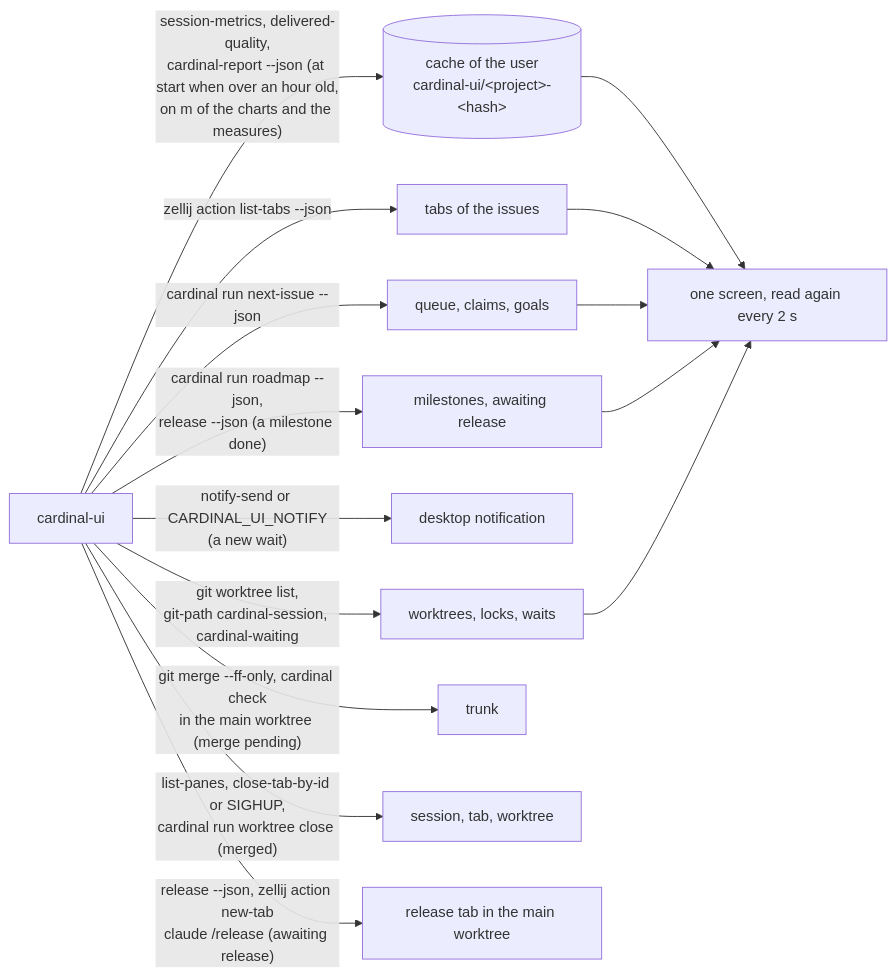
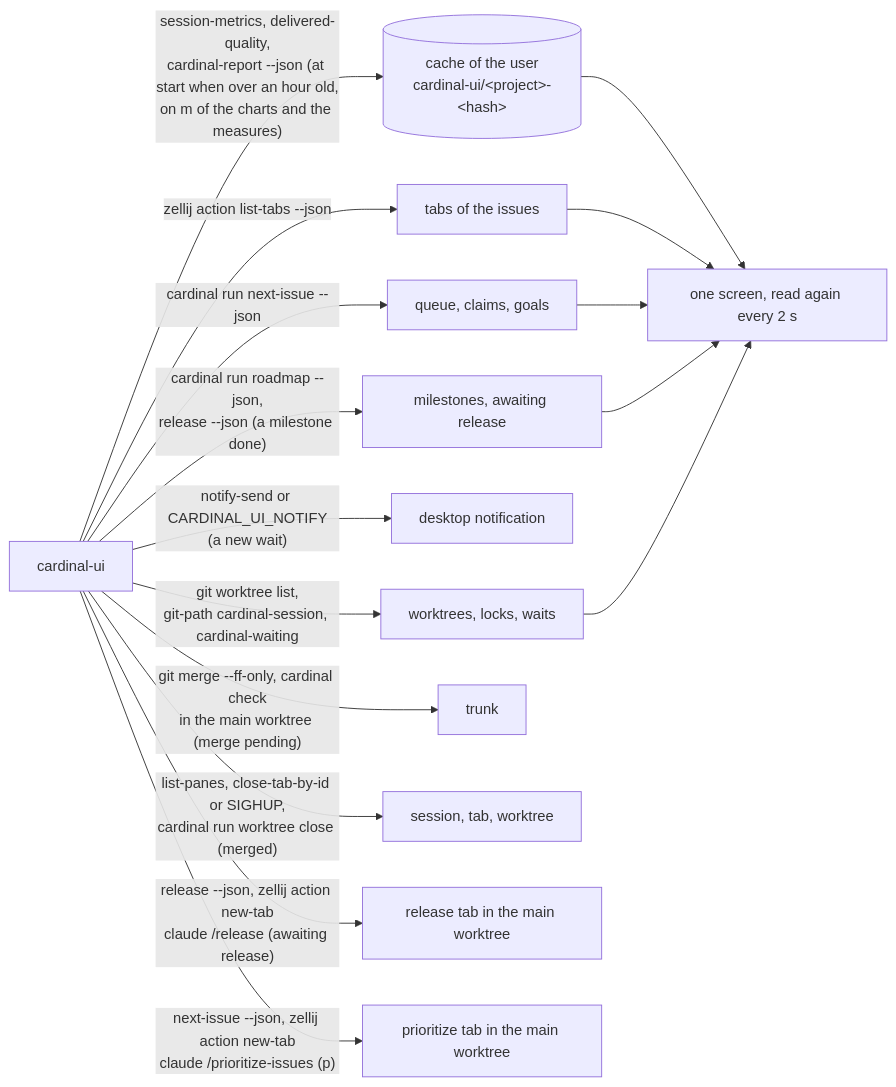
The third of 3 diagrams in docs/architecture.md (Electron-libre/cardinal), drawn with Mermaid before and after one commit. The commit also changed other lines of this file and 14 other files, not shown here.

````diff
--- a/docs/architecture.md
+++ b/docs/architecture.md
@@ -253,17 +253,18 @@
 ```mermaid
 flowchart LR
   ui["cardinal-ui"] -->|"cardinal run next-issue --json"| queue["queue, claims, goals"]
   ui -->|"cardinal run roadmap --json,<br/>release --json (a milestone done)"| milestones["milestones, awaiting release"]
   ui -->|"git worktree list,<br/>git-path cardinal-session, cardinal-waiting"| worktrees["worktrees, locks, waits"]
   ui -->|"zellij action list-tabs --json"| tabs["tabs of the issues"]
   ui -->|"notify-send or CARDINAL_UI_NOTIFY<br/>(a new wait)"| desktop["desktop notification"]
   ui -->|"session-metrics, delivered-quality,<br/>cardinal-report --json (at start when over an hour old,<br/>on m of the charts and the measures)"| cache[("cache of the user<br/>cardinal-ui/&lt;project&gt;-&lt;hash&gt;")]
   ui -->|"git merge --ff-only, cardinal check<br/>in the main worktree (merge pending)"| trunk["trunk"]
   ui -->|"list-panes, close-tab-by-id or SIGHUP,<br/>cardinal run worktree close (merged)"| ended["session, tab, worktree"]
   ui -->|"release --json, zellij action new-tab<br/>claude /release (awaiting release)"| release["release tab in the main worktree"]
+  ui -->|"next-issue --json, zellij action new-tab<br/>claude /prioritize-issues (p)"| prioritize["prioritize tab in the main worktree"]
   cache --> screen
   tabs --> screen
   queue --> screen["one screen, read again every 2 s"]
   milestones --> screen
   worktrees --> screen
 ```
````
